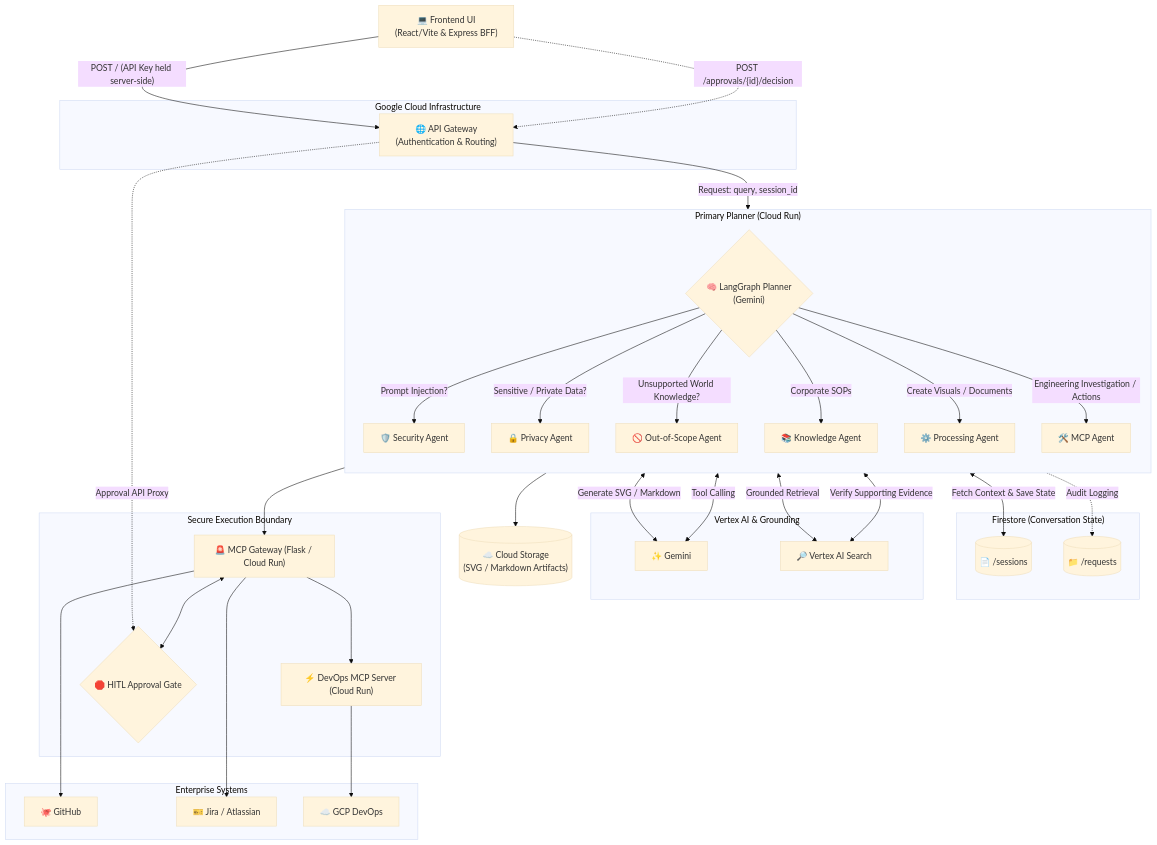
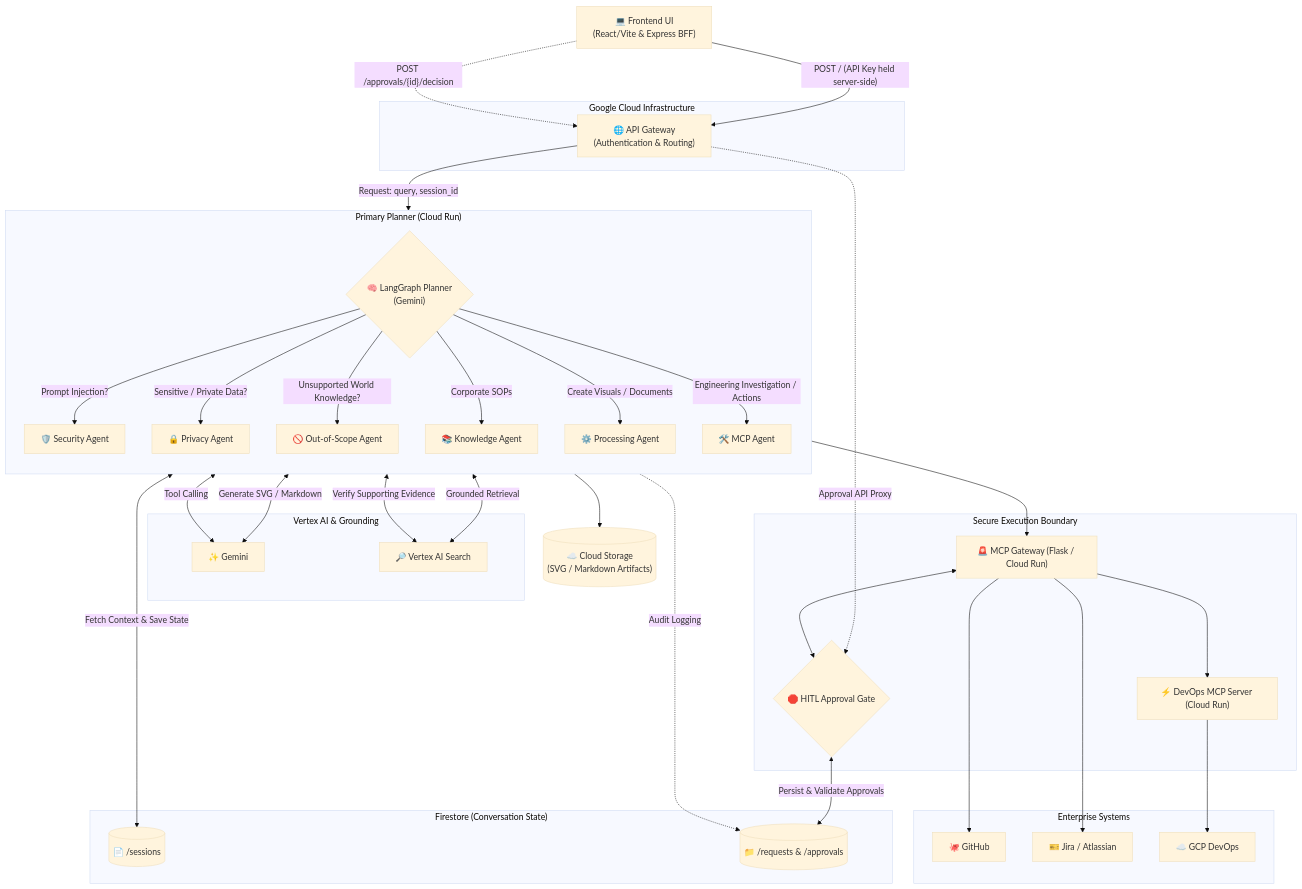
The diagram in Readme.md (prateekgarg98/Google-AI-Builder-Cup), drawn with Mermaid (base theme) before and after one commit. The commit also changed other lines of this file, not shown here.

````diff
--- a/Readme.md
+++ b/Readme.md
@@ -19,73 +19,74 @@
 ```mermaid
 graph TB
     %% 1. Client & Ingress Layer
     Client["💻 Frontend UI<br/>(React/Vite & Express BFF)"]
     subgraph Ingress["Google Cloud Infrastructure"]
         Gateway["🌐 API Gateway<br/>(Authentication & Routing)"]
     end
     Client -- "POST / (API Key held server-side)" --> Gateway
     Client -. "POST /approvals/{id}/decision" .-> Gateway
 
     %% 2. Orchestrator Layer
     subgraph Orchestrator["Primary Planner (Cloud Run)"]
         direction TB
         Planner{"🧠 LangGraph Planner<br/>(Gemini)"}
         SecAgent["🛡️ Security Agent"]
         PrivAgent["🔒 Privacy Agent"]
         OOSAgent["🚫 Out-of-Scope Agent"]
         KnowAgent["📚 Knowledge Agent"]
         ProcAgent["⚙️ Processing Agent"]
         MCPAgent["🛠️ MCP Agent"]
 
         Planner -- "Prompt Injection?" --> SecAgent
         Planner -- "Sensitive / Private Data?" --> PrivAgent
         Planner -- "Unsupported World Knowledge?" --> OOSAgent
         Planner -- "Corporate SOPs" --> KnowAgent
         Planner -- "Create Visuals / Documents" --> ProcAgent
         Planner -- "Engineering Investigation / Actions" --> MCPAgent
     end
     Gateway -- "Request: query, session_id" --> Planner
 
     %% 3. State & Memory Layer
     subgraph Memory["Firestore (Conversation State)"]
         FS_Sessions[("📄 /sessions")]
-        FS_Audits[("📁 /requests")]
+        FS_Audits[("📁 /requests & /approvals")]
     end
     Planner <--> |"Fetch Context & Save State"| FS_Sessions
     Planner -. "Audit Logging" .-> FS_Audits
 
     %% 4. AI & Grounding Layer
     subgraph AI_Layer["Vertex AI & Grounding"]
         Gemini["✨ Gemini"]
         Discovery["🔎 Vertex AI Search"]
     end
     KnowAgent <--> |"Grounded Retrieval"| Discovery
     ProcAgent <--> |"Verify Supporting Evidence"| Discovery
     ProcAgent <--> |"Generate SVG / Markdown"| Gemini
     MCPAgent <--> |"Tool Calling"| Gemini
 
     %% 5. Storage Layer
     GCS[("☁️ Cloud Storage<br/>(SVG / Markdown Artifacts)")]
     ProcAgent --> GCS
 
     %% 6. MCP Gateway & HITL
     subgraph Gateway_Microservice["Secure Execution Boundary"]
         MCP["🚨 MCP Gateway (Flask / Cloud Run)"]
         DevOpsMCP["⚡ DevOps MCP Server (Cloud Run)"]
         HITL{"🛑 HITL Approval Gate"}
     end
     MCPAgent --> MCP
     MCP --> DevOpsMCP
     Gateway -. "Approval API Proxy" .-> HITL
     MCP <--> HITL
+    HITL <--> |"Persist & Validate Approvals"| FS_Audits
 
     %% 7. External Enterprise Systems
     subgraph External["Enterprise Systems"]
         GitHub["🐙 GitHub"]
         Jira["🎫 Jira / Atlassian"]
         DevOps["☁️ GCP DevOps"]
     end
     MCP --> GitHub
     MCP --> Jira
     DevOpsMCP --> DevOps
 ```
````
